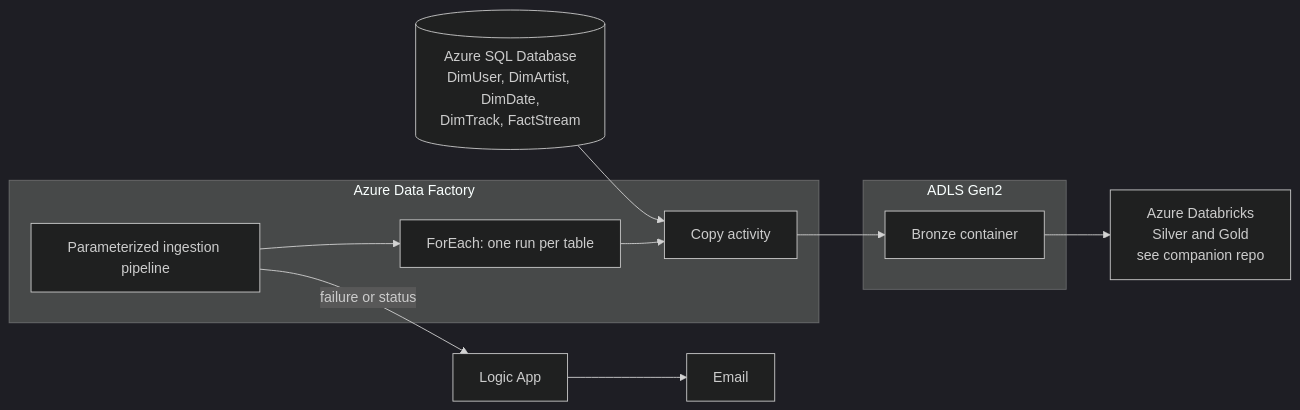
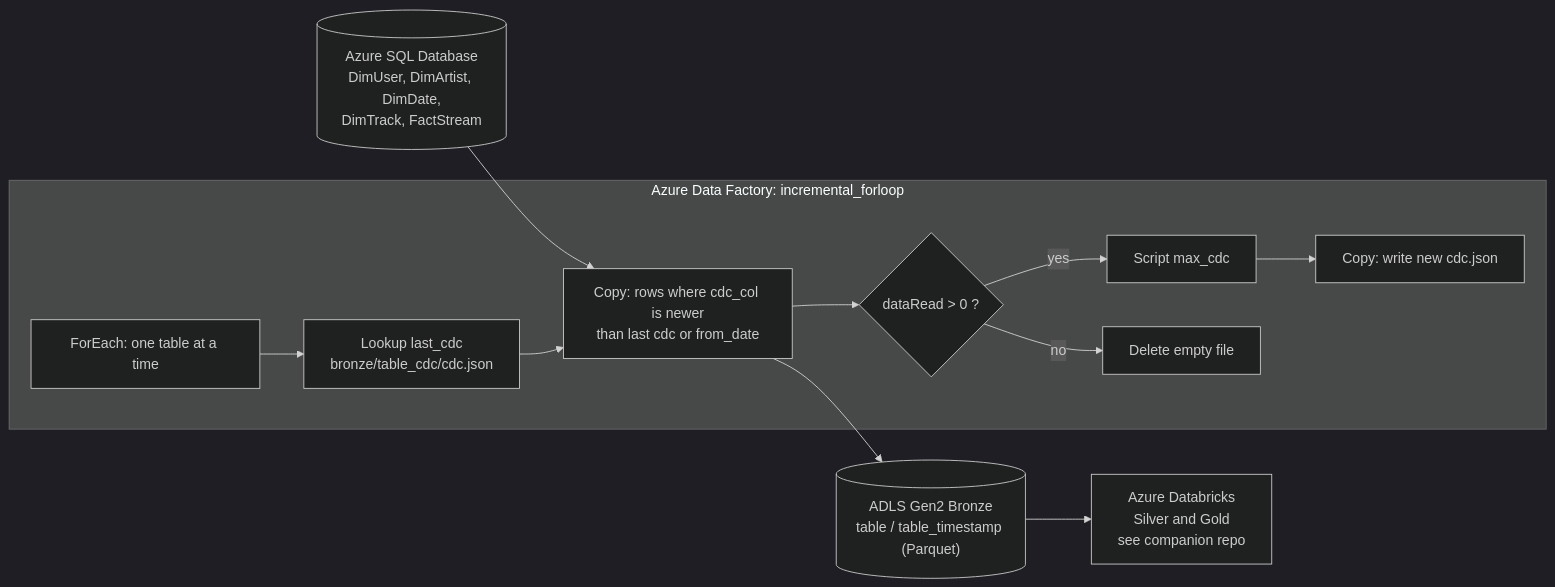
One commit to MichaelJohnsonlmj/adf-mikeazureproject changed the diagram in README.md. Above: the diagram before and after it, drawn with Mermaid (dark theme). The commit also changed other lines of this file, not shown here.

````diff
--- a/README.md
+++ b/README.md
@@ -35,22 +32,23 @@
 ```mermaid
 flowchart LR
     SQL[(Azure SQL Database<br/>DimUser, DimArtist, DimDate,<br/>DimTrack, FactStream)]
 
-    subgraph ADF[Azure Data Factory]
-        P[Parameterized ingestion pipeline]
-        F[ForEach: one run per table]
-        C[Copy activity]
+    subgraph ADF[Azure Data Factory: incremental_forloop]
+        FE[ForEach: one table at a time]
+        LK["Lookup last_cdc<br/>bronze/table_cdc/cdc.json"]
+        CP["Copy: rows where cdc_col is newer<br/>than last cdc or from_date"]
+        IF{"dataRead > 0 ?"}
+        MX["Script max_cdc"]
+        UP["Copy: write new cdc.json"]
+        DEL["Delete empty file"]
     end
 
-    subgraph Lake[ADLS Gen2]
-        B[Bronze container]
-    end
+    B[("ADLS Gen2 Bronze<br/>table / table_timestamp (Parquet)")]
+    DBX[Azure Databricks<br/>Silver and Gold<br/>see companion repo]
 
-    DBX[Azure Databricks<br/>Silver and Gold<br/>see companion repo]
-    LA[Logic App]
-    MAIL[Email]
-
-    SQL --> C
-    P --> F --> C --> B --> DBX
-    P -- failure or status --> LA --> MAIL
+    SQL --> CP
+    FE --> LK --> CP --> IF
+    CP --> B --> DBX
+    IF -- yes --> MX --> UP
+    IF -- no --> DEL
 ```
````
